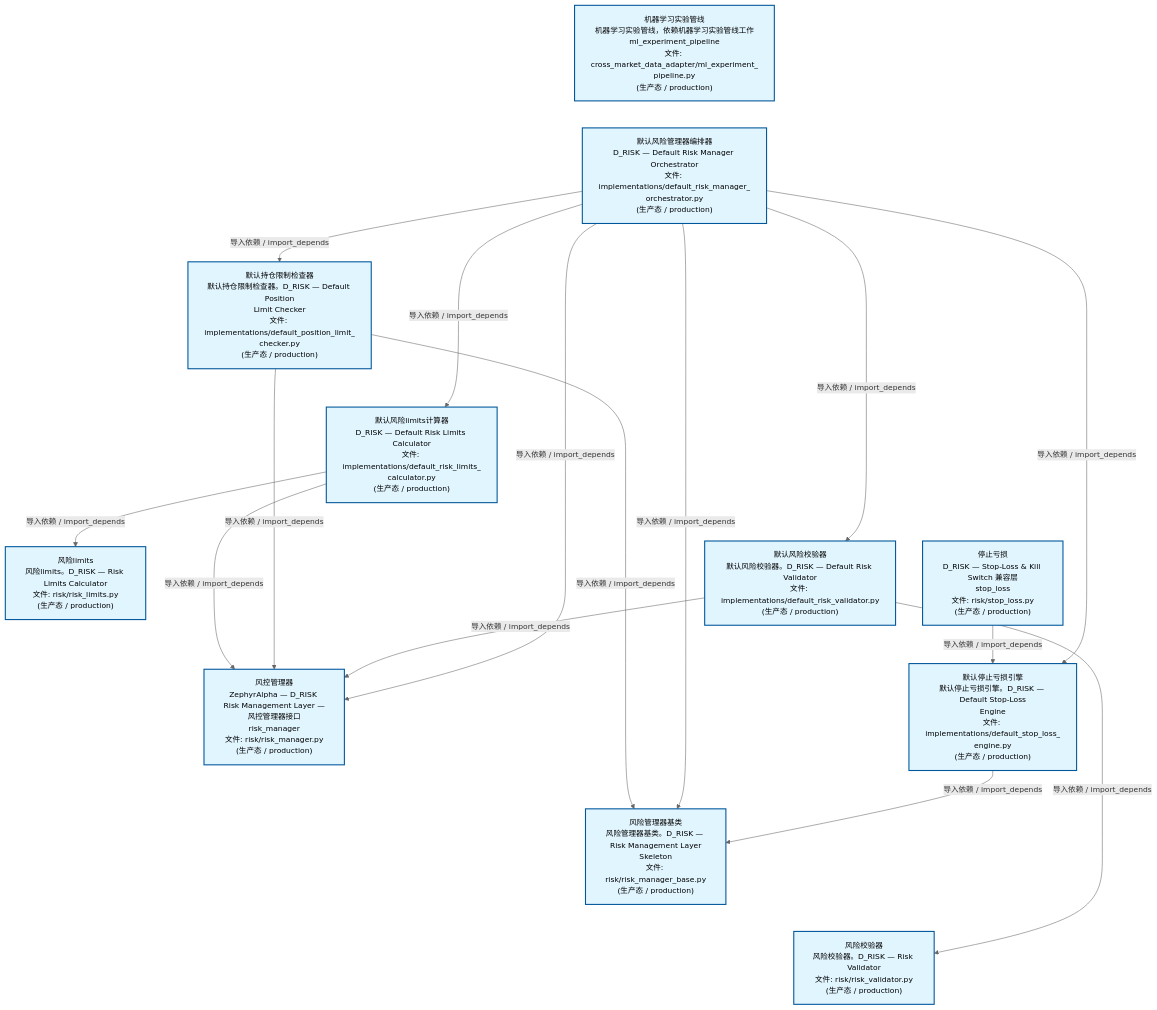
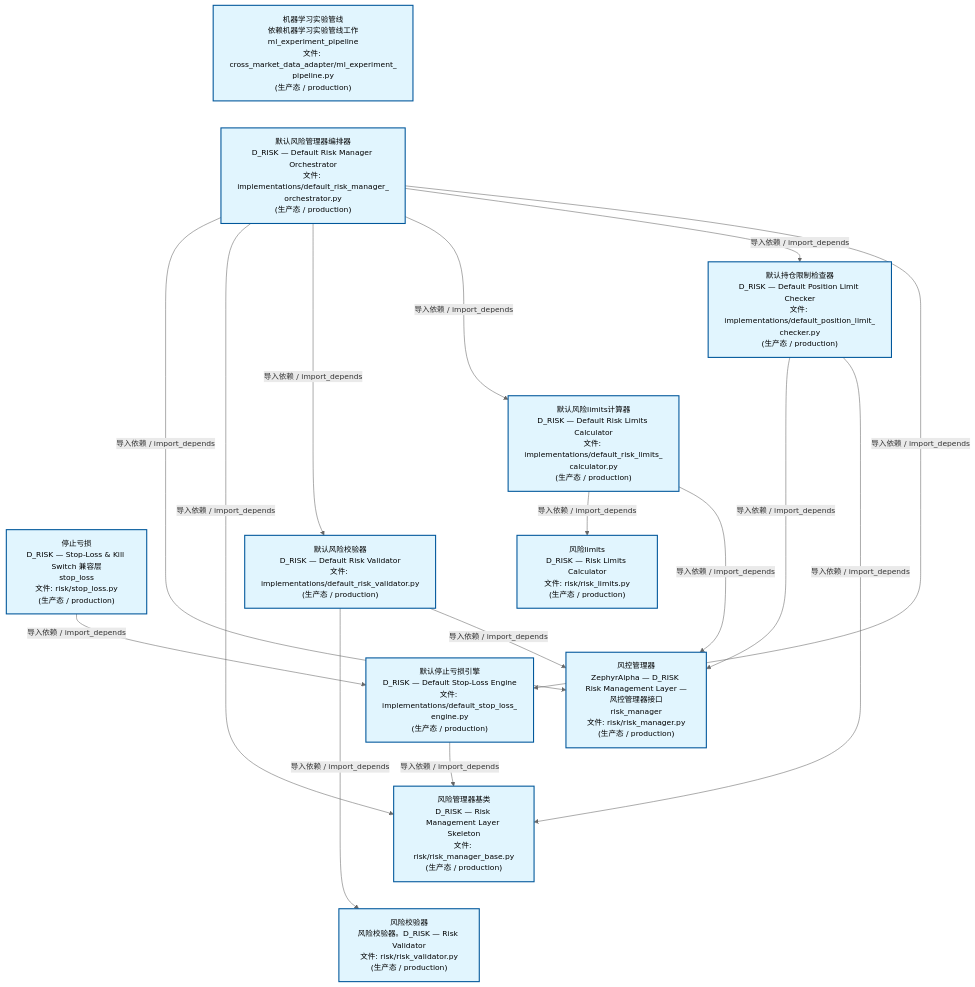
The second of 4 diagrams in docs/02_enterprise_architecture/02_domain_architecture_docs/65_d_risk.md (xuanFelixVan/ZephyrAlpha), drawn with Mermaid before and after one commit. The commit also changed other lines of this file and 62 other files, not shown here.

````diff
--- a/docs/02_enterprise_architecture/02_domain_architecture_docs/65_d_risk.md
+++ b/docs/02_enterprise_architecture/02_domain_architecture_docs/65_d_risk.md
@@ -138,42 +136,42 @@
 ```mermaid
 %%{init: {'theme': 'base', 'themeVariables': {'primaryColor': '#eaeaea', 'primaryTextColor': '#333333', 'primaryBorderColor': '#666666', 'lineColor': '#666666', 'secondaryColor': '#eaeaea', 'tertiaryColor': '#eaeaea', 'fontSize': '14px'}}}%%
 flowchart TD
-    src_zephyr_risk_cross_asset_cross_market_data_adapter_ml_experiment_pipeline_py["机器学习实验管线<br/>机器学习实验管线，依赖机器学习实验管线工作<br/>ml_experiment_pipeline<br/>文件: cross_market_data_adapter/ml_experiment_<br/>pipeline.py<br/>(生产态 / production)"]
+    src_zephyr_risk_cross_asset_cross_market_data_adapter_ml_experiment_pipeline_py["机器学习实验管线<br/>依赖机器学习实验管线工作<br/>ml_experiment_pipeline<br/>文件: cross_market_data_adapter/ml_experiment_<br/>pipeline.py<br/>(生产态 / production)"]
     src_zephyr_risk_implementations_default_risk_manager_orchestrator_py["默认风险管理器编排器<br/>D_RISK — Default Risk Manager Orchestrator<br/>文件: implementations/default_risk_manager_<br/>orchestrator.py<br/>(生产态 / production)"]
     src_zephyr_risk_stop_loss_py["停止亏损<br/>D_RISK — Stop-Loss & Kill Switch 兼容层<br/>stop_loss<br/>文件: risk/stop_loss.py<br/>(生产态 / production)"]
     src_zephyr_risk_cross_asset_cross_market_data_adapter_ml_experiment_pipeline_py ~~~ src_zephyr_risk_implementations_default_risk_manager_orchestrator_py
     src_zephyr_risk_implementations_default_risk_manager_orchestrator_py ~~~ src_zephyr_risk_stop_loss_py
-    src_zephyr_risk_implementations_default_position_limit_checker_py["默认持仓限制检查器<br/>默认持仓限制检查器。D_RISK — Default Position<br/>Limit Checker<br/>文件: implementations/default_position_limit_<br/>checker.py<br/>(生产态 / production)"]
+    src_zephyr_risk_implementations_default_position_limit_checker_py["默认持仓限制检查器<br/>D_RISK — Default Position Limit Checker<br/>文件: implementations/default_position_limit_<br/>checker.py<br/>(生产态 / production)"]
     src_zephyr_risk_implementations_default_risk_limits_calculator_py["默认风险limits计算器<br/>D_RISK — Default Risk Limits Calculator<br/>文件: implementations/default_risk_limits_<br/>calculator.py<br/>(生产态 / production)"]
-    src_zephyr_risk_implementations_default_risk_validator_py["默认风险校验器<br/>默认风险校验器。D_RISK — Default Risk Validator<br/>文件: implementations/default_risk_validator.py<br/>(生产态 / production)"]
-    src_zephyr_risk_implementations_default_stop_loss_engine_py["默认停止亏损引擎<br/>默认停止亏损引擎。D_RISK — Default Stop-Loss<br/>Engine<br/>文件: implementations/default_stop_loss_<br/>engine.py<br/>(生产态 / production)"]
+    src_zephyr_risk_implementations_default_risk_validator_py["默认风险校验器<br/>D_RISK — Default Risk Validator<br/>文件: implementations/default_risk_validator.py<br/>(生产态 / production)"]
+    src_zephyr_risk_implementations_default_stop_loss_engine_py["默认停止亏损引擎<br/>D_RISK — Default Stop-Loss Engine<br/>文件: implementations/default_stop_loss_<br/>engine.py<br/>(生产态 / production)"]
     src_zephyr_risk_implementations_default_position_limit_checker_py ~~~ src_zephyr_risk_implementations_default_risk_limits_calculator_py
     src_zephyr_risk_implementations_default_risk_limits_calculator_py ~~~ src_zephyr_risk_implementations_default_risk_validator_py
     src_zephyr_risk_implementations_default_risk_validator_py ~~~ src_zephyr_risk_implementations_default_stop_loss_engine_py
-    src_zephyr_risk_risk_limits_py["风险limits<br/>风险limits。D_RISK — Risk Limits Calculator<br/>文件: risk/risk_limits.py<br/>(生产态 / production)"]
+    src_zephyr_risk_risk_limits_py["风险limits<br/>D_RISK — Risk Limits Calculator<br/>文件: risk/risk_limits.py<br/>(生产态 / production)"]
     src_zephyr_risk_risk_manager_py["风控管理器<br/>ZephyrAlpha — D_RISK Risk Management Layer —<br/>风控管理器接口<br/>risk_manager<br/>文件: risk/risk_manager.py<br/>(生产态 / production)"]
-    src_zephyr_risk_risk_manager_base_py["风险管理器基类<br/>风险管理器基类。D_RISK — Risk Management Layer<br/>Skeleton<br/>文件: risk/risk_manager_base.py<br/>(生产态 / production)"]
+    src_zephyr_risk_risk_manager_base_py["风险管理器基类<br/>D_RISK — Risk Management Layer Skeleton<br/>文件: risk/risk_manager_base.py<br/>(生产态 / production)"]
     src_zephyr_risk_risk_validator_py["风险校验器<br/>风险校验器。D_RISK — Risk Validator<br/>文件: risk/risk_validator.py<br/>(生产态 / production)"]
     src_zephyr_risk_risk_limits_py ~~~ src_zephyr_risk_risk_manager_py
     src_zephyr_risk_risk_manager_py ~~~ src_zephyr_risk_risk_manager_base_py
     src_zephyr_risk_risk_manager_base_py ~~~ src_zephyr_risk_risk_validator_py
     src_zephyr_risk_stop_loss_py -->|导入依赖 / import_depends| src_zephyr_risk_implementations_default_stop_loss_engine_py
+    src_zephyr_risk_implementations_default_risk_validator_py -->|导入依赖 / import_depends| src_zephyr_risk_risk_validator_py
+    src_zephyr_risk_implementations_default_risk_validator_py -->|导入依赖 / import_depends| src_zephyr_risk_risk_manager_py
+    src_zephyr_risk_implementations_default_risk_limits_calculator_py -->|导入依赖 / import_depends| src_zephyr_risk_risk_limits_py
     src_zephyr_risk_implementations_default_risk_limits_calculator_py -->|导入依赖 / import_depends| src_zephyr_risk_risk_manager_py
-    src_zephyr_risk_implementations_default_risk_limits_calculator_py -->|导入依赖 / import_depends| src_zephyr_risk_risk_limits_py
+    src_zephyr_risk_implementations_default_risk_manager_orchestrator_py -->|导入依赖 / import_depends| src_zephyr_risk_risk_manager_py
+    src_zephyr_risk_implementations_default_risk_manager_orchestrator_py -->|导入依赖 / import_depends| src_zephyr_risk_risk_manager_base_py
+    src_zephyr_risk_implementations_default_risk_manager_orchestrator_py -->|导入依赖 / import_depends| src_zephyr_risk_implementations_default_risk_validator_py
+    src_zephyr_risk_implementations_default_risk_manager_orchestrator_py -->|导入依赖 / import_depends| src_zephyr_risk_implementations_default_risk_limits_calculator_py
+    src_zephyr_risk_implementations_default_risk_manager_orchestrator_py -->|导入依赖 / import_depends| src_zephyr_risk_implementations_default_position_limit_checker_py
+    src_zephyr_risk_implementations_default_risk_manager_orchestrator_py -->|导入依赖 / import_depends| src_zephyr_risk_implementations_default_stop_loss_engine_py
     src_zephyr_risk_implementations_default_position_limit_checker_py -->|导入依赖 / import_depends| src_zephyr_risk_risk_manager_py
     src_zephyr_risk_implementations_default_position_limit_checker_py -->|导入依赖 / import_depends| src_zephyr_risk_risk_manager_base_py
-    src_zephyr_risk_implementations_default_risk_validator_py -->|导入依赖 / import_depends| src_zephyr_risk_risk_manager_py
-    src_zephyr_risk_implementations_default_risk_validator_py -->|导入依赖 / import_depends| src_zephyr_risk_risk_validator_py
-    src_zephyr_risk_implementations_default_risk_manager_orchestrator_py -->|导入依赖 / import_depends| src_zephyr_risk_risk_manager_py
-    src_zephyr_risk_implementations_default_risk_manager_orchestrator_py -->|导入依赖 / import_depends| src_zephyr_risk_risk_manager_base_py
-    src_zephyr_risk_implementations_default_risk_manager_orchestrator_py -->|导入依赖 / import_depends| src_zephyr_risk_implementations_default_risk_limits_calculator_py
-    src_zephyr_risk_implementations_default_risk_manager_orchestrator_py -->|导入依赖 / import_depends| src_zephyr_risk_implementations_default_position_limit_checker_py
-    src_zephyr_risk_implementations_default_risk_manager_orchestrator_py -->|导入依赖 / import_depends| src_zephyr_risk_implementations_default_risk_validator_py
-    src_zephyr_risk_implementations_default_risk_manager_orchestrator_py -->|导入依赖 / import_depends| src_zephyr_risk_implementations_default_stop_loss_engine_py
     src_zephyr_risk_implementations_default_stop_loss_engine_py -->|导入依赖 / import_depends| src_zephyr_risk_risk_manager_base_py
     classDef production fill:#e1f5fe,stroke:#01579b,stroke-width:2px,color:#000
     classDef design fill:#fff3e0,stroke:#e65100,stroke-width:2px,color:#000,stroke-dasharray: 5 5
     classDef external_prod fill:#e8f4fd,stroke:#0277bd,stroke-width:1px,color:#000
     classDef external_design fill:#fff8e7,stroke:#ef6c00,stroke-width:1px,color:#000,stroke-dasharray: 5 5
     class src_zephyr_risk_cross_asset_cross_market_data_adapter_ml_experiment_pipeline_py,src_zephyr_risk_implementations_default_position_limit_checker_py,src_zephyr_risk_implementations_default_risk_limits_calculator_py,src_zephyr_risk_implementations_default_risk_manager_orchestrator_py,src_zephyr_risk_implementations_default_risk_validator_py,src_zephyr_risk_implementations_default_stop_loss_engine_py,src_zephyr_risk_risk_limits_py,src_zephyr_risk_risk_manager_py,src_zephyr_risk_risk_manager_base_py,src_zephyr_risk_risk_validator_py,src_zephyr_risk_stop_loss_py production
 ```
````
